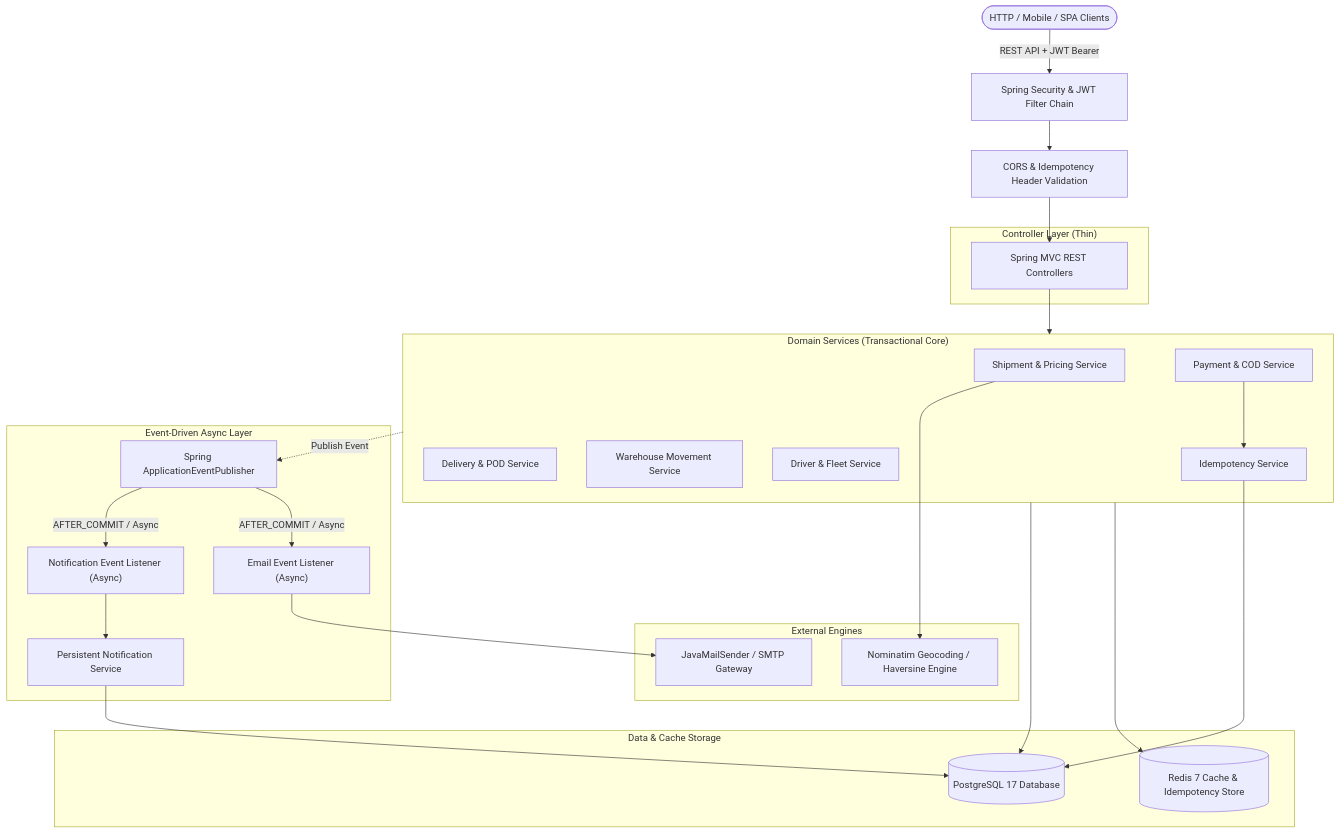
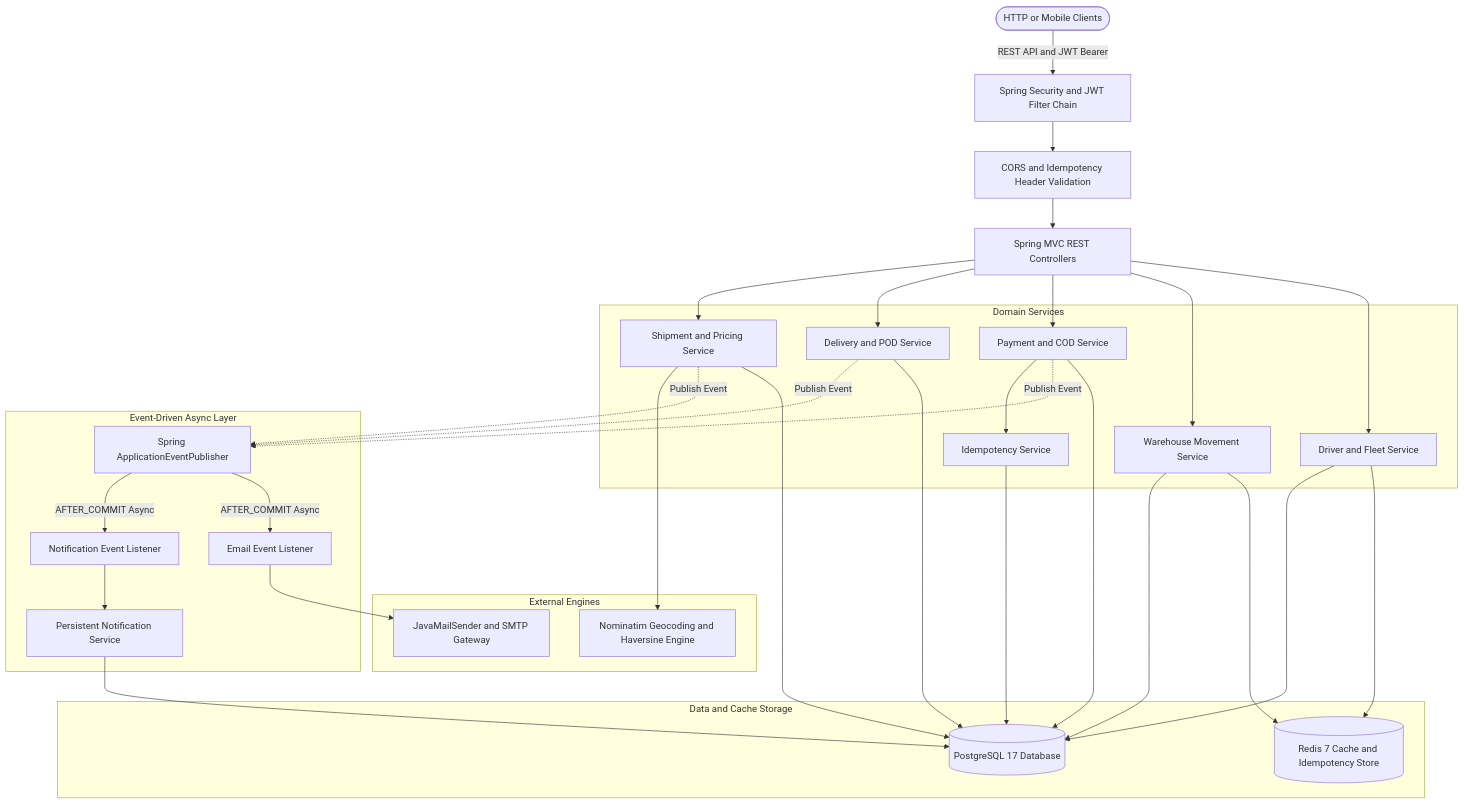
One commit to ahmedhassanasfour/logistics-management-system-spring-boot changed the first of 5 diagrams in README.md. Above: the diagram before and after it, drawn with Mermaid. The commit also changed other lines of this file, not shown here.

Commit message:
docs: update architecture diagrams and text in Logistics README

````diff
--- a/README.md
+++ b/README.md
@@ -40,51 +40,61 @@
 ```mermaid
 flowchart TD
-    Client(["HTTP / Mobile / SPA Clients"]) -->|REST API + JWT Bearer| SecurityFilter["Spring Security & JWT Filter Chain"]
-    SecurityFilter --> CorsCheck["CORS & Idempotency Header Validation"]
+    Client(["HTTP or Mobile Clients"]) -->|REST API and JWT Bearer| SecurityFilter["Spring Security and JWT Filter Chain"]
+    SecurityFilter --> CorsCheck["CORS and Idempotency Header Validation"]
     CorsCheck --> Controllers["Spring MVC REST Controllers"]
 
-    subgraph Presentation ["Controller Layer (Thin)"]
-        Controllers
-    end
-
-    subgraph ServiceLayer ["Domain Services (Transactional Core)"]
-        ShipmentSvc["Shipment & Pricing Service"]
-        DeliverySvc["Delivery & POD Service"]
-        PaymentSvc["Payment & COD Service"]
+    subgraph ServiceLayer ["Domain Services"]
+        ShipmentSvc["Shipment and Pricing Service"]
+        DeliverySvc["Delivery and POD Service"]
+        PaymentSvc["Payment and COD Service"]
         WarehouseSvc["Warehouse Movement Service"]
-        FleetSvc["Driver & Fleet Service"]
+        FleetSvc["Driver and Fleet Service"]
         IdempotencySvc["Idempotency Service"]
     end
 
     subgraph Integrations ["External Engines"]
-        GeoEngine["Nominatim Geocoding / Haversine Engine"]
-        MailGateway["JavaMailSender / SMTP Gateway"]
+        GeoEngine["Nominatim Geocoding and Haversine Engine"]
+        MailGateway["JavaMailSender and SMTP Gateway"]
     end
 
-    subgraph Persistence ["Data & Cache Storage"]
-        Postgres[(PostgreSQL 17 Database)]
-        RedisCache[(Redis 7 Cache & Idempotency Store)]
+    subgraph Persistence ["Data and Cache Storage"]
+        Postgres[("PostgreSQL 17 Database")]
+        RedisCache[("Redis 7 Cache and Idempotency Store")]
     end
 
     subgraph EventSubsystem ["Event-Driven Async Layer"]
         EventPub["Spring ApplicationEventPublisher"]
-        NotifListener["Notification Event Listener (Async)"]
-        EmailListener["Email Event Listener (Async)"]
+        NotifListener["Notification Event Listener"]
+        EmailListener["Email Event Listener"]
         NotifSvc["Persistent Notification Service"]
 
-        EventPub -->|AFTER_COMMIT / Async| NotifListener
-        EventPub -->|AFTER_COMMIT / Async| EmailListener
+        EventPub -->|AFTER_COMMIT Async| NotifListener
+        EventPub -->|AFTER_COMMIT Async| EmailListener
         NotifListener --> NotifSvc
         EmailListener --> MailGateway
     end
 
-    Controllers --> ServiceLayer
+    Controllers --> ShipmentSvc
+    Controllers --> DeliverySvc
+    Controllers --> PaymentSvc
+    Controllers --> WarehouseSvc
+    Controllers --> FleetSvc
+
     ShipmentSvc --> GeoEngine
     PaymentSvc --> IdempotencySvc
-    ServiceLayer -.->|Publish Event| EventPub
 
-    ServiceLayer --> Postgres
+    ShipmentSvc -.->|Publish Event| EventPub
+    DeliverySvc -.->|Publish Event| EventPub
+    PaymentSvc -.->|Publish Event| EventPub
+
+    ShipmentSvc --> Postgres
+    DeliverySvc --> Postgres
+    PaymentSvc --> Postgres
+    WarehouseSvc --> Postgres
+    FleetSvc --> Postgres
+    IdempotencySvc --> Postgres
     NotifSvc --> Postgres
-    ServiceLayer --> RedisCache
-    IdempotencySvc --> Postgres
+
+    FleetSvc --> RedisCache
+    WarehouseSvc --> RedisCache
 ```
````
